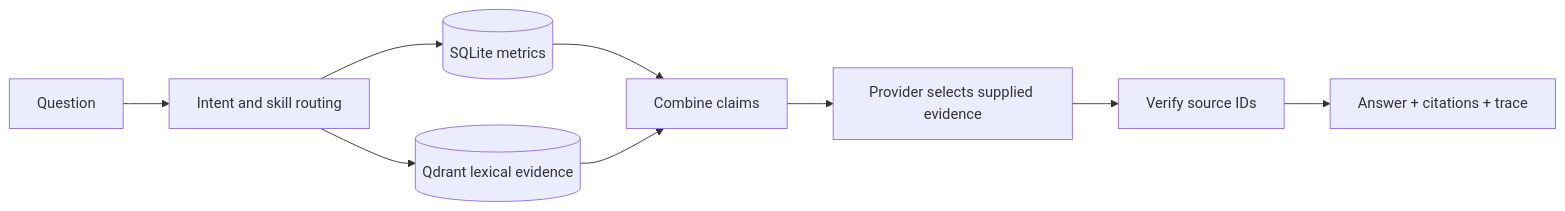
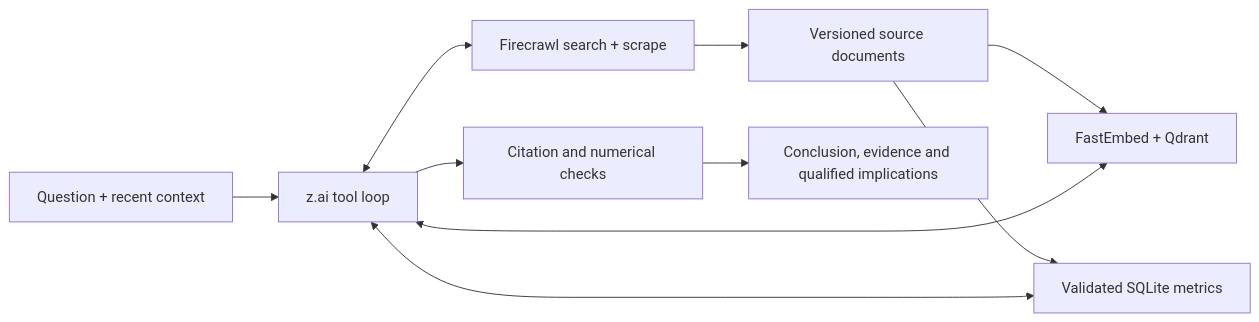
Before and after one commit to socialsmoker223/cre-london-agent: the diagram in README.md, drawn with Mermaid. The commit also changed other lines of this file and 39 other files, not shown here.

````diff
--- a/README.md
+++ b/README.md
@@ -33,11 +41,12 @@
 ```mermaid
 flowchart LR
-  Q[Question] --> R[Intent and skill routing]
-  R --> M[(SQLite metrics)]
-  R --> V[(Qdrant lexical evidence)]
-  M --> C[Combine claims]
-  V --> C
-  C --> G[Provider selects supplied evidence]
-  G --> X[Verify source IDs]
-  X --> A[Answer + citations + trace]
+  Q[Question + recent context] --> A[z.ai tool loop]
+  A <--> W[Firecrawl search + scrape]
+  W --> D[Versioned source documents]
+  D --> V[FastEmbed + Qdrant]
+  D --> M[Validated SQLite metrics]
+  A <--> V
+  A <--> M
+  A --> C[Citation and numerical checks]
+  C --> R[Conclusion, evidence and qualified implications]
 ```
````
